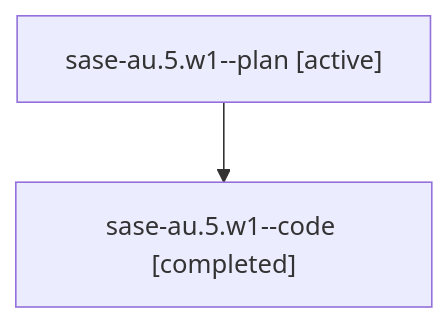
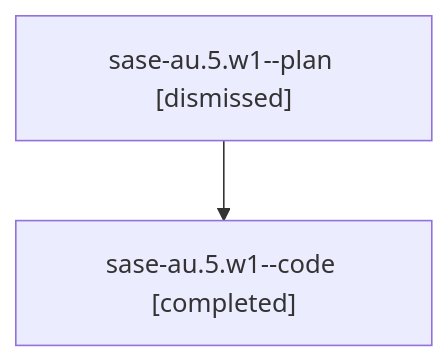
The diagram in sessions/bbugyi200.athena.sase-au.5.w1.md (sase-org/sase--agents), drawn with Mermaid before and after one commit. The commit also changed other lines of this file and 91 other files, not shown here.

````diff
--- a/sessions/bbugyi200.athena.sase-au.5.w1.md
+++ b/sessions/bbugyi200.athena.sase-au.5.w1.md
@@ -9,6 +9,6 @@
 ```mermaid
 flowchart TD
-  n0["sase-au.5.w1--plan [active]"]
+  n0["sase-au.5.w1--plan [dismissed]"]
   n1["sase-au.5.w1--code [completed]"]
   n0 --> n1
 ```
````
